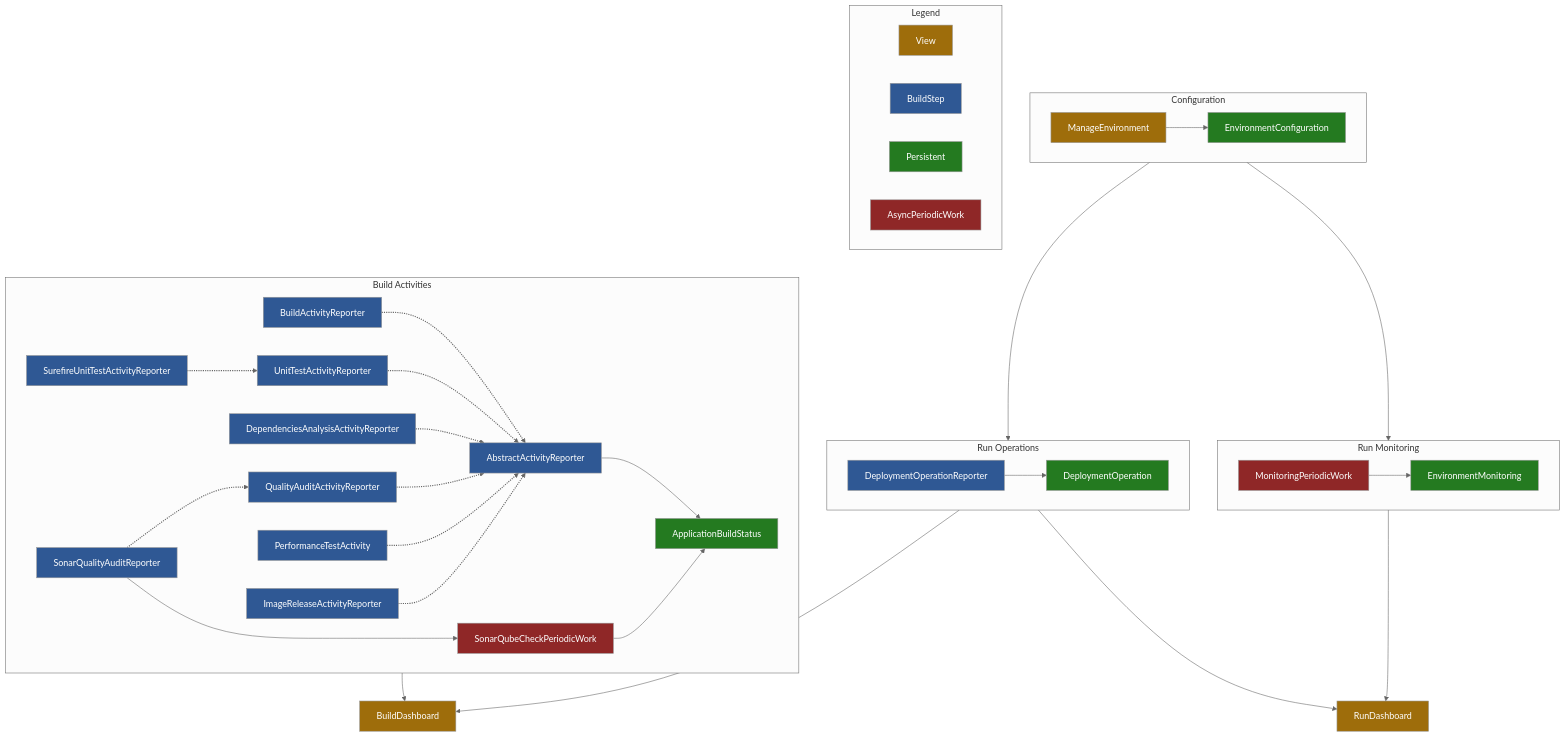
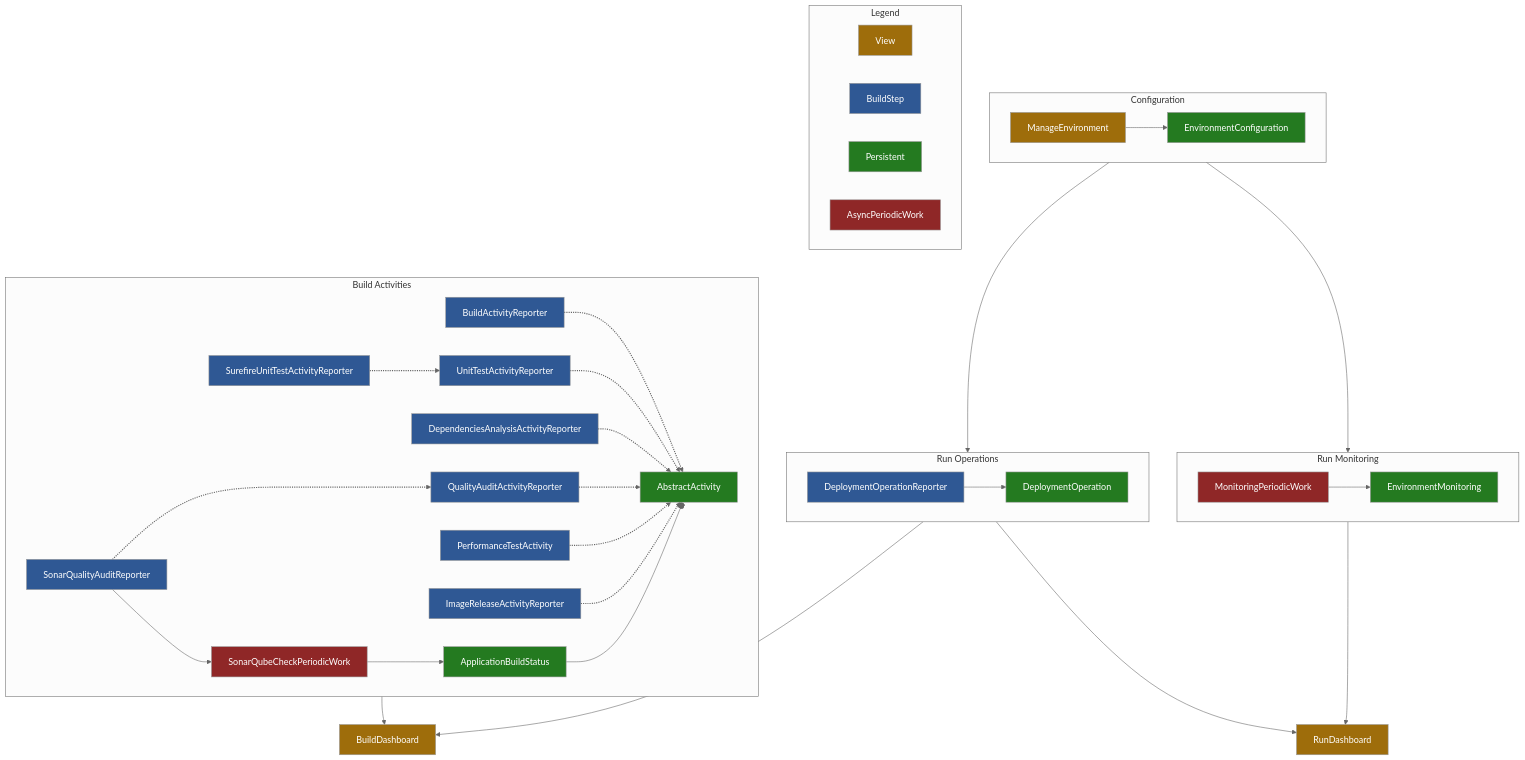
Before and after one commit to jenkinsci/devops-portal-plugin: the diagram in README.md, drawn with Mermaid (neutral theme).

````diff
--- a/README.md
+++ b/README.md
@@ -378,49 +378,49 @@
 ```mermaid
 flowchart TD
 
     subgraph Configuration
     ManageEnvironment:::view --> EnvironmentConfiguration:::entity
     end
     
     subgraph Legend
     View:::view
     BuildStep:::reporter
     Persistent:::entity
     AsyncPeriodicWork:::worker
     end
     
     subgraph RunOperations[Run Operations]
     DeploymentOperationReporter:::reporter --> DeploymentOperation:::entity
     end
     
     subgraph RunMonitoring[Run Monitoring]
     MonitoringPeriodicWork:::worker --> EnvironmentMonitoring:::entity
     end
     
     subgraph BuildActivities[Build Activities]
-    BuildActivityReporter:::reporter -.-> AbstractActivityReporter:::reporter
-    UnitTestActivityReporter:::reporter -.-> AbstractActivityReporter:::reporter
+    BuildActivityReporter:::reporter -.-> AbstractActivity:::entity
+    UnitTestActivityReporter:::reporter -.-> AbstractActivity:::entity
     SurefireUnitTestActivityReporter:::reporter -.-> UnitTestActivityReporter:::reporter
-    DependenciesAnalysisActivityReporter:::reporter -.-> AbstractActivityReporter:::reporter
-    QualityAuditActivityReporter:::reporter -.-> AbstractActivityReporter:::reporter
+    DependenciesAnalysisActivityReporter:::reporter -.-> AbstractActivity:::entity
+    QualityAuditActivityReporter:::reporter -.-> AbstractActivity:::entity
     SonarQualityAuditReporter:::reporter -.-> QualityAuditActivityReporter:::reporter
-    PerformanceTestActivity:::reporter -.-> AbstractActivityReporter:::reporter
-    ImageReleaseActivityReporter:::reporter -.-> AbstractActivityReporter:::reporter
-    AbstractActivityReporter:::reporter --> ApplicationBuildStatus:::entity
+    PerformanceTestActivity:::reporter -.-> AbstractActivity:::entity
+    ImageReleaseActivityReporter:::reporter -.-> AbstractActivity:::entity
+    ApplicationBuildStatus:::entity --o AbstractActivity:::entity
     SonarQualityAuditReporter:::reporter --> SonarQubeCheckPeriodicWork:::worker
     SonarQubeCheckPeriodicWork:::worker --> ApplicationBuildStatus:::entity
     end
     
     Configuration --> RunOperations
     Configuration --> RunMonitoring
     RunOperations --> RunDashboard:::view
     RunMonitoring --> RunDashboard:::view
     BuildActivities --> BuildDashboard:::view
     RunOperations --> BuildDashboard:::view
     
     classDef view fill:#9e6d0b,color:#fff
     classDef reporter fill:#2f5894,color:#fff
     classDef entity fill:#247a20,color:#fff
     classDef worker fill:#8f2727,color:#fff
     linkStyle 3,4,5,6,7,8,9,10 stroke-width:2px,fill:none
 ```
````
